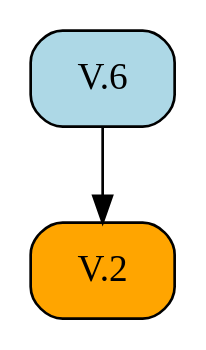
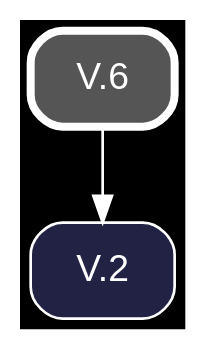
The diagram in docsrc/heath/V/6/index.rst (geometor/elements), drawn with Graphviz before and after one commit. The commit also changed other lines of this file and 1200 other files, not shown here.

Commit message:
update dependency graphs

```diff
--- a/docsrc/heath/V/6/index.rst
+++ b/docsrc/heath/V/6/index.rst
@@ -52,9 +52,11 @@
 .. graphviz::
 
    digraph {
+     bgcolor="black";
+     node [shape=box, style="rounded,filled", fontname="Helvetica", color="white", fontcolor="white"];
+     edge [color="white", fontcolor="white"];
      rankdir="TB";
-     node [shape=box, style=rounded];
-     "V.2" [style="rounded,filled", fillcolor=orange, URL="/heath/V/2/", target="_top"];
-     "V.6" [style="rounded,filled", fillcolor=lightblue, URL="/heath/V/6/", target="_top"];
+     "V.6" [penwidth=3, color="white", fillcolor="#555555", URL="/heath/V/6/", target="_top"];
+     "V.2" [fillcolor="#222244", URL="/heath/V/2/", target="_top"];
      "V.6" -> "V.2";
    }
```
